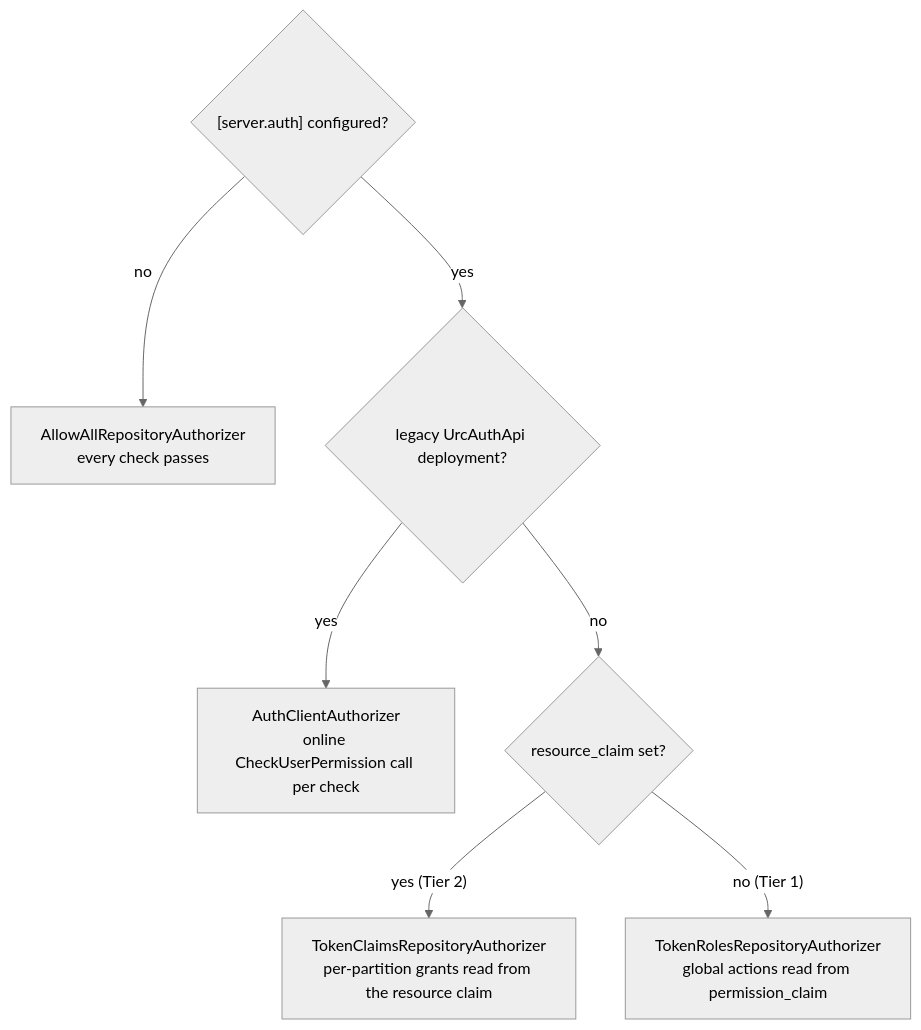
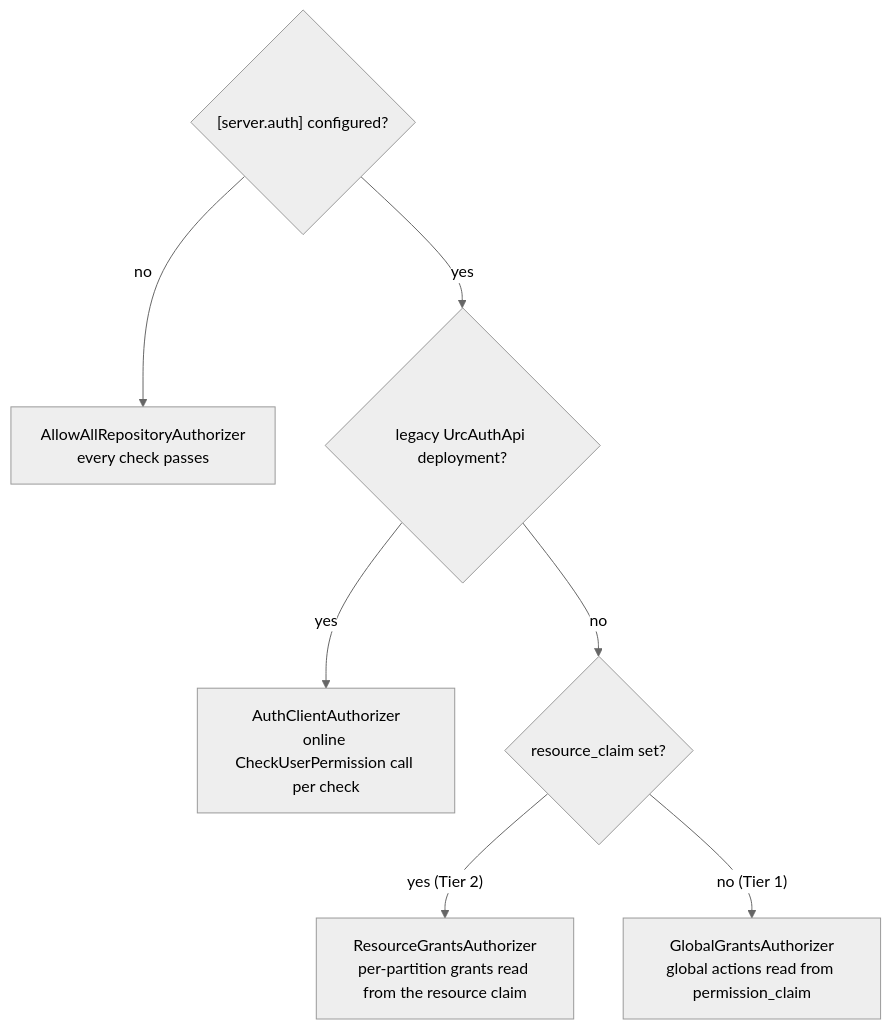
Before and after one commit to EpicGames/lore: the sixth of 6 diagrams in docs/proposals/2026-08-20-oidc-oauth2-authentication.md, drawn with Mermaid (neutral theme). The commit also changed other lines of this file and 3 other files, not shown here.

````diff
--- a/docs/proposals/2026-08-20-oidc-oauth2-authentication.md
+++ b/docs/proposals/2026-08-20-oidc-oauth2-authentication.md
@@ -966,9 +968,9 @@
 ```mermaid
 flowchart TD
     A{"[server.auth] configured?"} -- no --> AA["AllowAllRepositoryAuthorizer<br/>every check passes"]
     A -- yes --> B{"legacy UrcAuthApi deployment?"}
     B -- yes --> AC["AuthClientAuthorizer<br/>online CheckUserPermission call per check"]
     B -- no --> C{"resource_claim set?"}
-    C -- "yes (Tier 2)" --> TC["TokenClaimsRepositoryAuthorizer<br/>per-partition grants read from the resource claim"]
-    C -- "no (Tier 1)" --> TR["TokenRolesRepositoryAuthorizer<br/>global actions read from permission_claim"]
+    C -- "yes (Tier 2)" --> TC["ResourceGrantsAuthorizer<br/>per-partition grants read from the resource claim"]
+    C -- "no (Tier 1)" --> TR["GlobalGrantsAuthorizer<br/>global actions read from permission_claim"]
 ```
````
